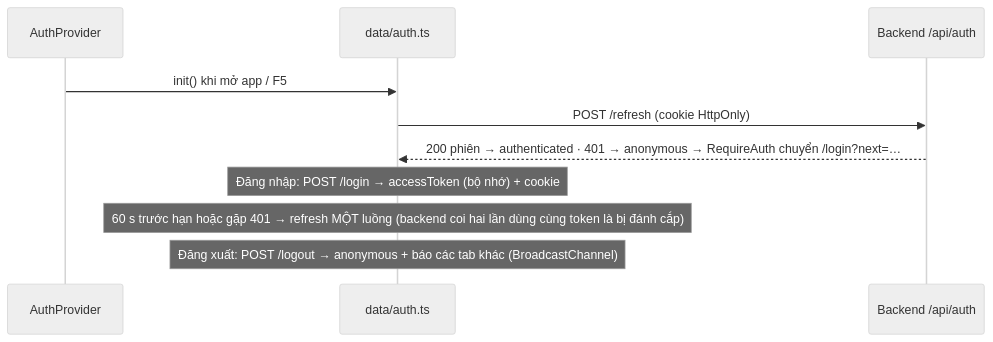
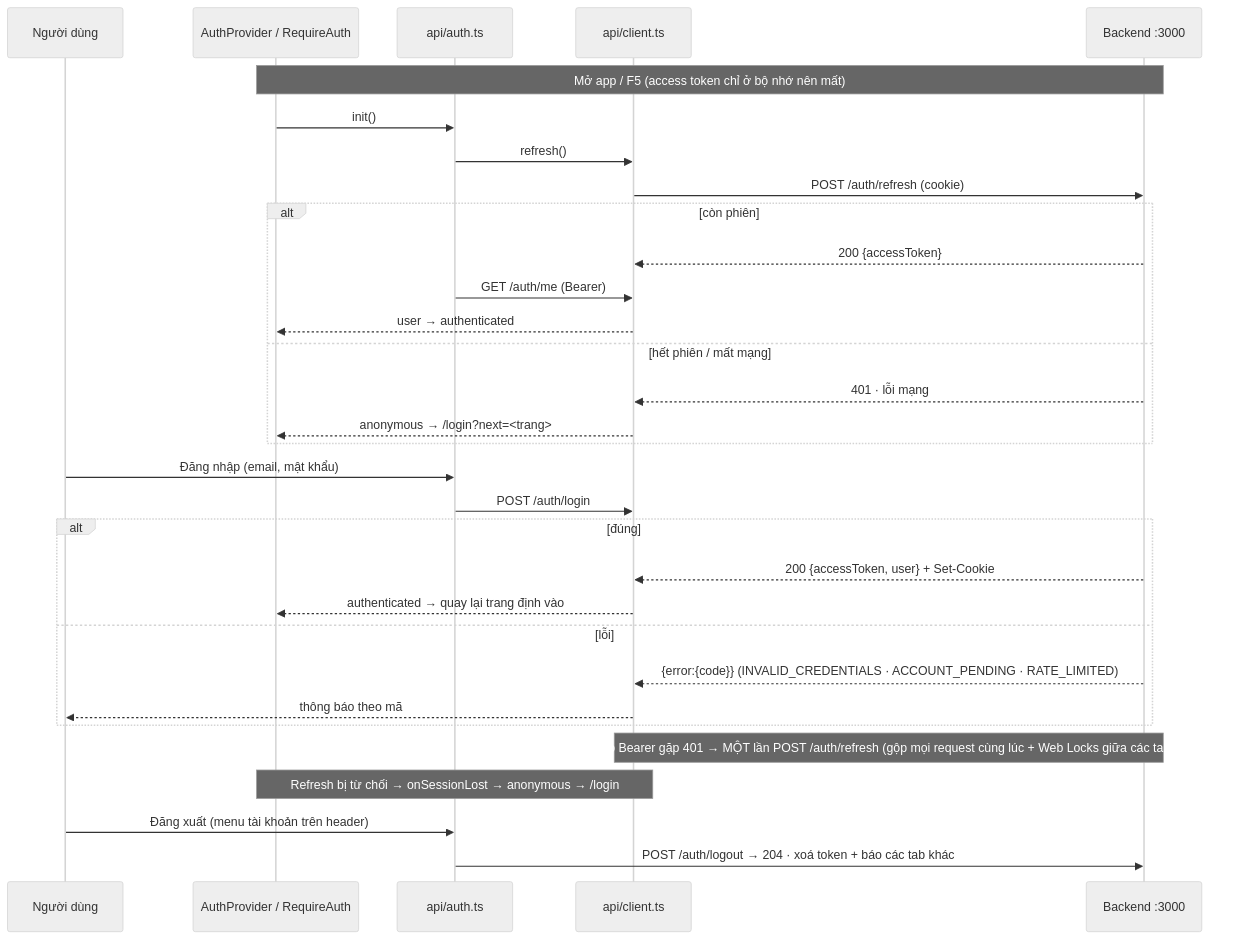
The tenth of 10 diagrams in GUIDE.md (tuanpq-dev/demo-lpg), drawn with Mermaid (neutral theme) before and after one commit. The commit also changed other lines of this file and 1 other file, not shown here.

````diff
--- a/GUIDE.md
+++ b/GUIDE.md
@@ -708,12 +734,33 @@
 ```mermaid
 sequenceDiagram
-  participant P as AuthProvider
-  participant C as data/auth.ts
-  participant A as Backend /api/auth
-  P->>C: init() khi mở app / F5
-  C->>A: POST /refresh (cookie HttpOnly)
-  A-->>C: 200 phiên → authenticated · 401 → anonymous → RequireAuth chuyển /login?next=…
-  Note over C: Đăng nhập: POST /login → accessToken (bộ nhớ) + cookie
-  Note over C: 60 s trước hạn hoặc gặp 401 → refresh MỘT luồng (backend coi hai lần dùng cùng token là bị đánh cắp)
-  Note over C: Đăng xuất: POST /logout → anonymous + báo các tab khác (BroadcastChannel)
+  participant U as Người dùng
+  participant P as AuthProvider / RequireAuth
+  participant S as api/auth.ts
+  participant C as api/client.ts
+  participant B as Backend :3000
+  Note over P,B: Mở app / F5 (access token chỉ ở bộ nhớ nên mất)
+  P->>S: init()
+  S->>C: refresh()
+  C->>B: POST /auth/refresh (cookie)
+  alt còn phiên
+    B-->>C: 200 {accessToken}
+    S->>C: GET /auth/me (Bearer)
+    C-->>P: user → authenticated
+  else hết phiên / mất mạng
+    B-->>C: 401 · lỗi mạng
+    C-->>P: anonymous → /login?next=<trang>
+  end
+  U->>S: Đăng nhập (email, mật khẩu)
+  S->>C: POST /auth/login
+  alt đúng
+    B-->>C: 200 {accessToken, user} + Set-Cookie
+    C-->>P: authenticated → quay lại trang định vào
+  else lỗi
+    B-->>C: {error:{code}} (INVALID_CREDENTIALS · ACCOUNT_PENDING · RATE_LIMITED)
+    C-->>U: thông báo theo mã
+  end
+  Note over C,B: Request có Bearer gặp 401 → MỘT lần POST /auth/refresh (gộp mọi request cùng lúc + Web Locks giữa các tab) → gọi lại
+  Note over C,P: Refresh bị từ chối → onSessionLost → anonymous → /login
+  U->>S: Đăng xuất (menu tài khoản trên header)
+  S->>B: POST /auth/logout → 204 · xoá token + báo các tab khác
 ```
````
